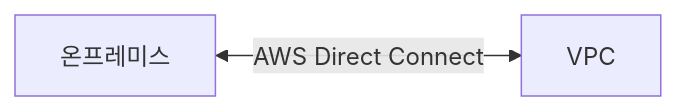
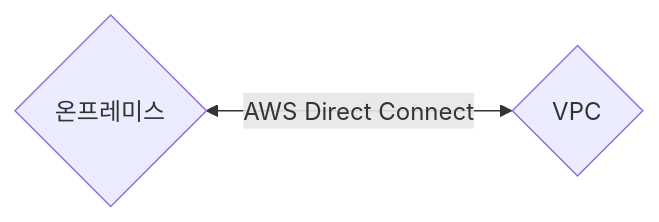
The diagram in 정리/README.md (qksgnsw/clf_c01), drawn with Mermaid before and after one commit. The commit also changed other lines of this file, not shown here.

````diff
--- a/정리/README.md
+++ b/정리/README.md
@@ -5,4 +5,4 @@
 ```mermaid
 graph LR;
-  온프레미스 <-- AWS Direct Connect --> VPC
+  on-premiss{온프레미스} <-- AWS Direct Connect --> cloud{VPC}
 ```
````
